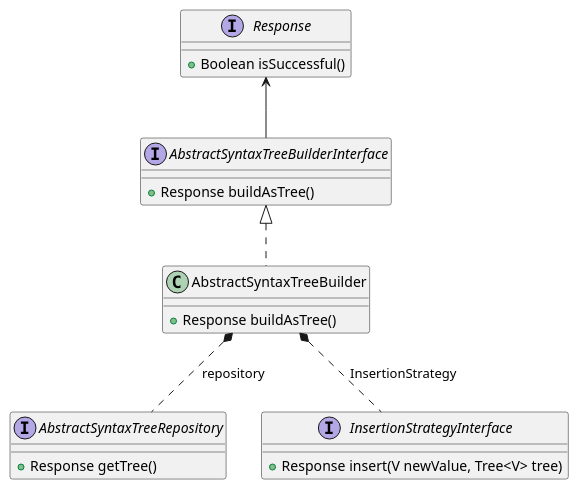
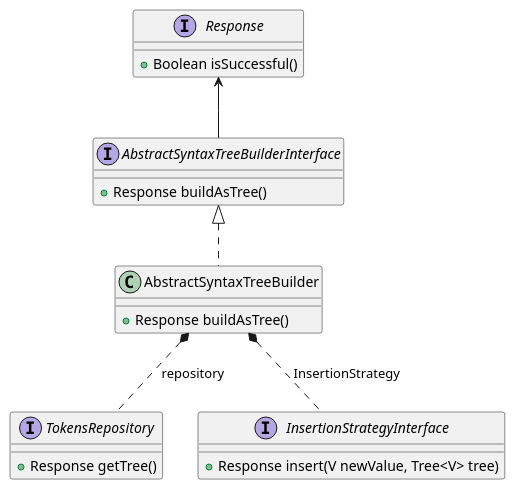
Before and after one commit to IngsisPrintScript/PrintScript: the diagram in src/main/java/syntactic/SyntacticDiagram.puml, drawn with PlantUML. The commit also changed 8 other files, not shown here.

```diff
--- a/src/main/java/syntactic/SyntacticDiagram.puml
+++ b/src/main/java/syntactic/SyntacticDiagram.puml
@@ -1,25 +1,25 @@
 @startuml
 'https://plantuml.com/class-diagram
 
 interface Response{
     + Boolean isSuccessful()
 }
 interface AbstractSyntaxTreeBuilderInterface{
     + Response buildAsTree()
 }
 class AbstractSyntaxTreeBuilder implements AbstractSyntaxTreeBuilderInterface{
     + Response buildAsTree()
 }
-interface AbstractSyntaxTreeRepository{
+interface TokensRepository{
     + Response getTree()
 }
 
 interface InsertionStrategyInterface{
     + Response insert(V newValue, Tree<V> tree)
 }
 
 
 Response <-- AbstractSyntaxTreeBuilderInterface
-AbstractSyntaxTreeBuilder *.. AbstractSyntaxTreeRepository: repository
+AbstractSyntaxTreeBuilder *.. TokensRepository: repository
 AbstractSyntaxTreeBuilder *.. InsertionStrategyInterface: InsertionStrategy
 @enduml
```
